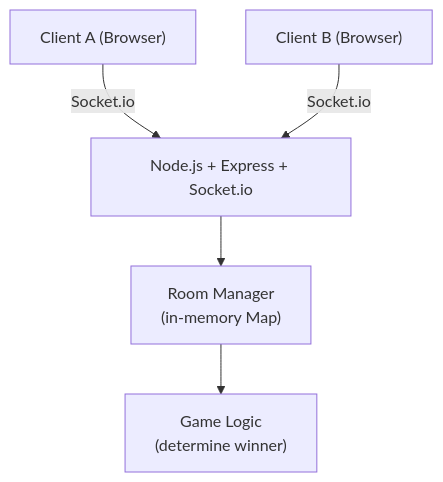
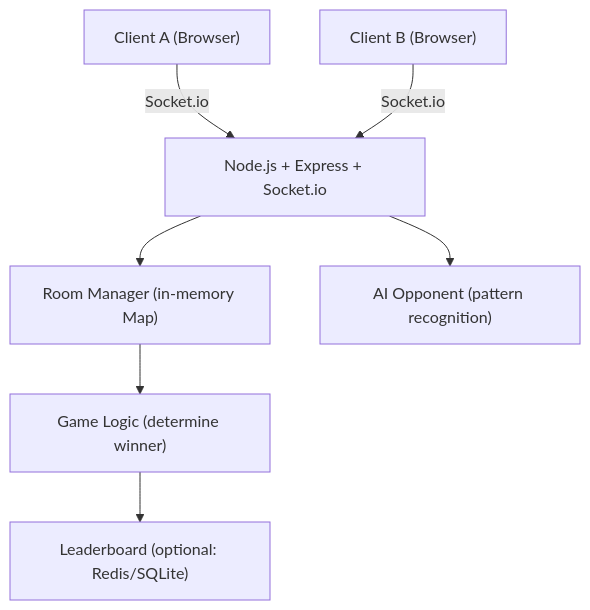
One commit to Sid10501/rockpaperscissors changed the first of 2 diagrams in BUILD_PLAN.md. Above: the diagram before and after it, drawn with Mermaid. The commit also changed other lines of this file and 37 other files, not shown here.

First line of the commit message:
Full RPS implementation: client, server, AI opponent, leaderboard

````diff
--- a/BUILD_PLAN.md
+++ b/BUILD_PLAN.md
@@ -41,7 +34,9 @@
 ```mermaid
 flowchart TD
     clientA["Client A (Browser)"] -->|"Socket.io"| server["Node.js + Express + Socket.io"]
     clientB["Client B (Browser)"] -->|"Socket.io"| server
-    server --> roomManager["Room Manager\n(in-memory Map)"]
-    roomManager --> gameLogic["Game Logic\n(determine winner)"]
+    server --> roomManager["Room Manager (in-memory Map)"]
+    roomManager --> gameLogic["Game Logic (determine winner)"]
+    gameLogic --> leaderboard["Leaderboard (optional: Redis/SQLite)"]
+    server --> aiOpponent["AI Opponent (pattern recognition)"]
 ```
````
